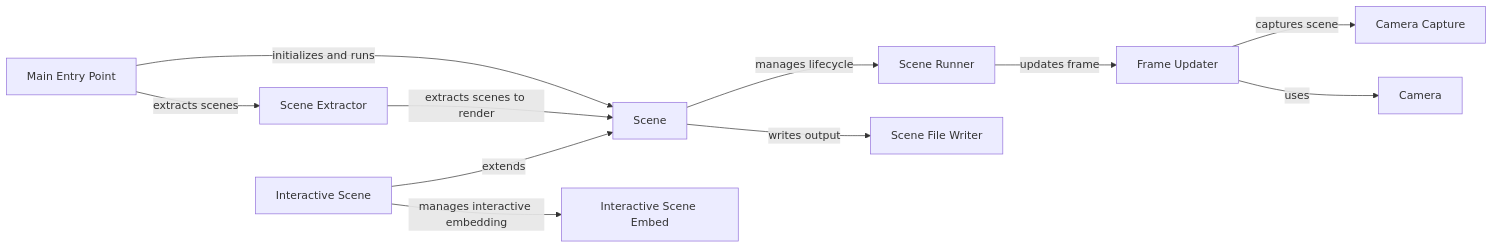
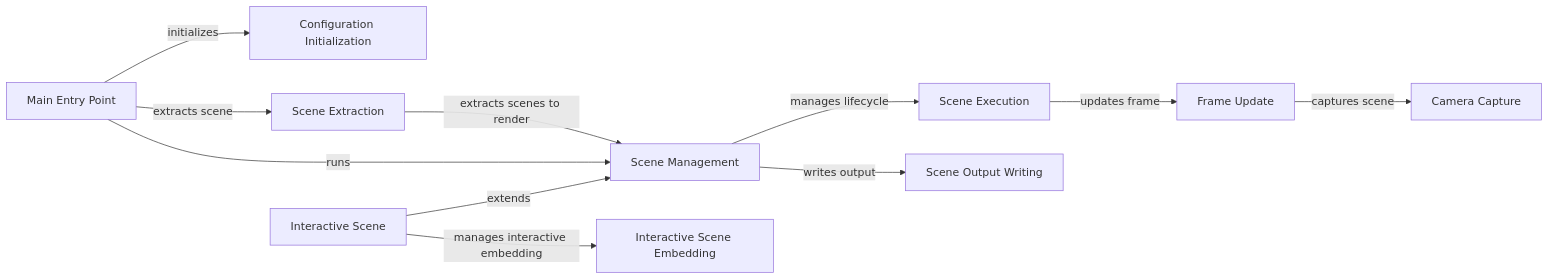
One commit to CodeBoarding/GeneratedOnBoardings changed the diagram in manim/Scene Management.md. Above: the diagram before and after it, drawn with Mermaid. The commit also changed other lines of this file and 7 other files, not shown here.

````diff
--- a/manim/Scene Management.md
+++ b/manim/Scene Management.md
@@ -1,23 +1,23 @@
 ```mermaid
 graph LR
     Main_Entry_Point["Main Entry Point"]
-    Scene_Extractor["Scene Extractor"]
-    Scene["Scene"]
-    Scene_Runner["Scene Runner"]
-    Frame_Updater["Frame Updater"]
-    Camera["Camera"]
+    Configuration_Initialization["Configuration Initialization"]
+    Scene_Extraction["Scene Extraction"]
+    Scene_Management["Scene Management"]
+    Scene_Execution["Scene Execution"]
+    Frame_Update["Frame Update"]
     Camera_Capture["Camera Capture"]
-    Scene_File_Writer["Scene File Writer"]
+    Scene_Output_Writing["Scene Output Writing"]
     Interactive_Scene["Interactive Scene"]
-    Interactive_Scene_Embed["Interactive Scene Embed"]
-    Main_Entry_Point -- "initializes and runs" --> Scene
-    Main_Entry_Point -- "extracts scenes" --> Scene_Extractor
-    Scene_Extractor -- "extracts scenes to render" --> Scene
-    Scene -- "manages lifecycle" --> Scene_Runner
-    Scene_Runner -- "updates frame" --> Frame_Updater
-    Frame_Updater -- "captures scene" --> Camera_Capture
-    Frame_Updater -- "uses" --> Camera
-    Scene -- "writes output" --> Scene_File_Writer
-    Interactive_Scene -- "extends" --> Scene
-    Interactive_Scene -- "manages interactive embedding" --> Interactive_Scene_Embed
+    Interactive_Scene_Embedding["Interactive Scene Embedding"]
+    Main_Entry_Point -- "initializes" --> Configuration_Initialization
+    Main_Entry_Point -- "extracts scene" --> Scene_Extraction
+    Scene_Extraction -- "extracts scenes to render" --> Scene_Management
+    Main_Entry_Point -- "runs" --> Scene_Management
+    Scene_Management -- "manages lifecycle" --> Scene_Execution
+    Scene_Execution -- "updates frame" --> Frame_Update
+    Frame_Update -- "captures scene" --> Camera_Capture
+    Scene_Management -- "writes output" --> Scene_Output_Writing
+    Interactive_Scene -- "extends" --> Scene_Management
+    Interactive_Scene -- "manages interactive embedding" --> Interactive_Scene_Embedding
 ```
````
